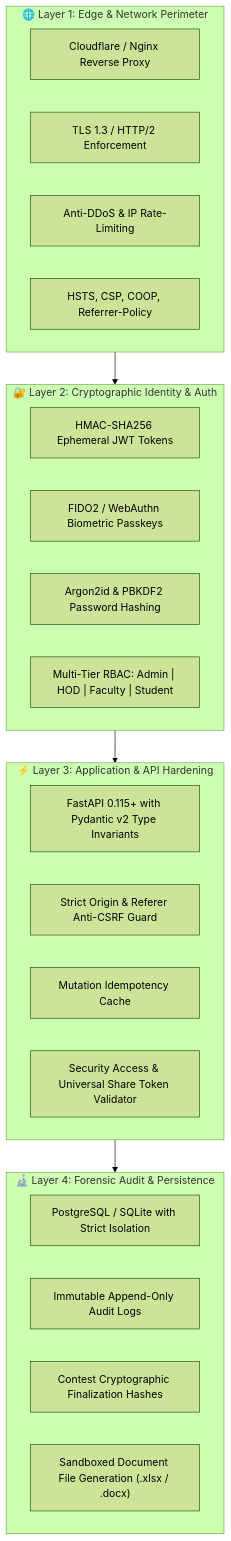
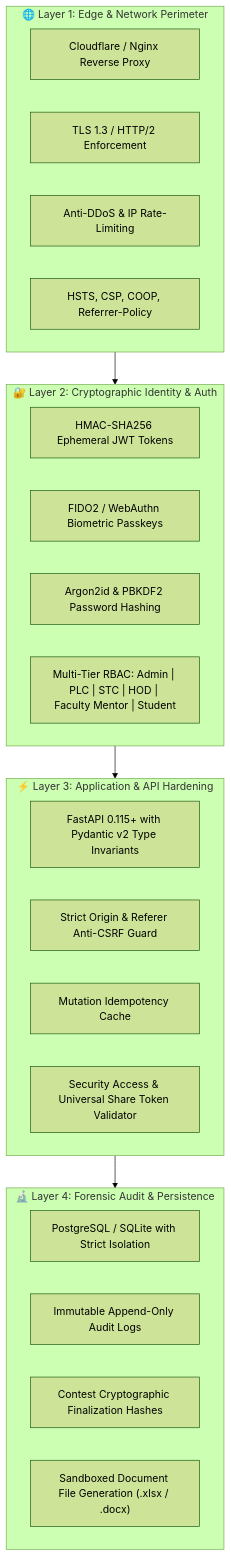
One commit to nanthishvaran17/Leetcodeurl-s changed the diagram in .github/SECURITY.md. Above: the diagram before and after it, drawn with Mermaid (forest theme). The commit also changed other lines of this file and 1 other file, not shown here.

````diff
--- a/.github/SECURITY.md
+++ b/.github/SECURITY.md
@@ -38,34 +38,34 @@
 ```mermaid
 graph TD
     subgraph Layer_1 ["🌐 Layer 1: Edge & Network Perimeter"]
         CF["Cloudflare / Nginx Reverse Proxy"]
         SSL["TLS 1.3 / HTTP/2 Enforcement"]
         DDoS["Anti-DDoS & IP Rate-Limiting"]
         SEC_HDR["HSTS, CSP, COOP, Referrer-Policy"]
     end
 
     subgraph Layer_2 ["🔐 Layer 2: Cryptographic Identity & Auth"]
         JWT["HMAC-SHA256 Ephemeral JWT Tokens"]
         PASSKEY["FIDO2 / WebAuthn Biometric Passkeys"]
         HASH["Argon2id & PBKDF2 Password Hashing"]
-        RBAC["Multi-Tier RBAC: Admin | HOD | Faculty | Student"]
+        RBAC["Multi-Tier RBAC: Admin | PLC | STC | HOD | Faculty Mentor | Student"]
     end
 
     subgraph Layer_3 ["⚡ Layer 3: Application & API Hardening"]
         FASTAPI["FastAPI 0.115+ with Pydantic v2 Type Invariants"]
         CSRF["Strict Origin & Referer Anti-CSRF Guard"]
         IDEM["Mutation Idempotency Cache"]
         SEC_MIDDLE["Security Access & Universal Share Token Validator"]
     end
 
     subgraph Layer_4 ["🔬 Layer 4: Forensic Audit & Persistence"]
         DB["PostgreSQL / SQLite with Strict Isolation"]
         AUDIT["Immutable Append-Only Audit Logs"]
         SNAPSHOT["Contest Cryptographic Finalization Hashes"]
         DOCS["Sandboxed Document File Generation (.xlsx / .docx)"]
     end
 
     Layer_1 --> Layer_2
     Layer_2 --> Layer_3
     Layer_3 --> Layer_4
 ```
````
